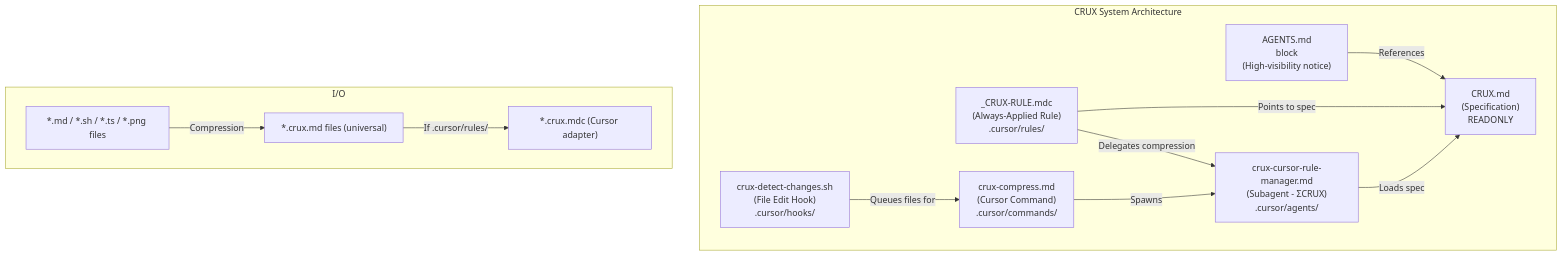
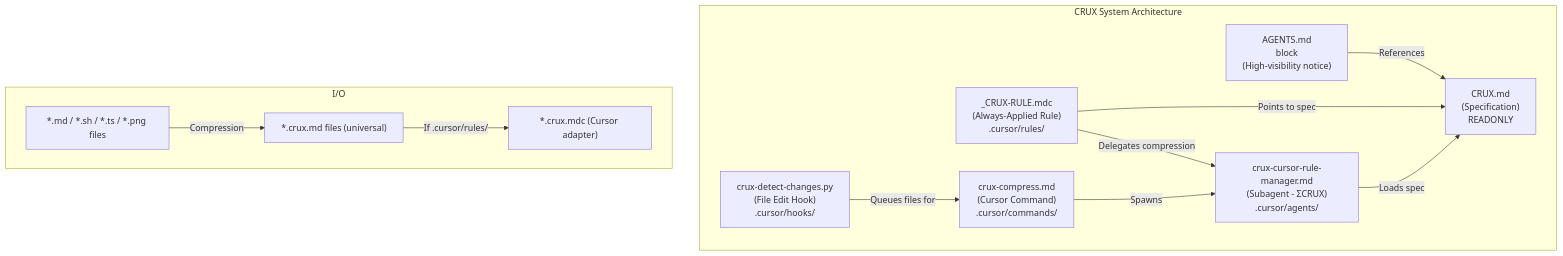
One commit to zotoio/CRUX-Compress changed the first of 4 diagrams in README.md. Above: the diagram before and after it, drawn with Mermaid. The commit also changed other lines of this file and 109 other files, not shown here.

````diff
--- a/README.md
+++ b/README.md
@@ -291,26 +296,26 @@
 ```mermaid
 flowchart TB
     subgraph "CRUX System Architecture"
         CRUX["CRUX.md<br/>(Specification)<br/>READONLY"]
         AGENTS["AGENTS.md<br/><CRUX> block<br/>(High-visibility notice)"]
         RULE["_CRUX-RULE.mdc<br/>(Always-Applied Rule)<br/>.cursor/rules/"]
         MANAGER["crux-cursor-rule-manager.md<br/>(Subagent - ΣCRUX)<br/>.cursor/agents/"]
         COMMAND["crux-compress.md<br/>(Cursor Command)<br/>.cursor/commands/"]
-        HOOK["crux-detect-changes.sh<br/>(File Edit Hook)<br/>.cursor/hooks/"]
+        HOOK["crux-detect-changes.py<br/>(File Edit Hook)<br/>.cursor/hooks/"]
         
         AGENTS -->|"References"| CRUX
         RULE -->|"Points to spec"| CRUX
         MANAGER -->|"Loads spec"| CRUX
         COMMAND -->|"Spawns"| MANAGER
         RULE -->|"Delegates compression"| MANAGER
         HOOK -->|"Queues files for"| COMMAND
     end
     
     subgraph "I/O"
         INPUT["*.md / *.sh / *.ts / *.png files"]
         OUTPUT["*.crux.md files (universal)"]
         CURSOR["*.crux.mdc (Cursor adapter)"]
         INPUT -->|"Compression"| OUTPUT
         OUTPUT -->|"If .cursor/rules/"| CURSOR
     end
 ```
````
